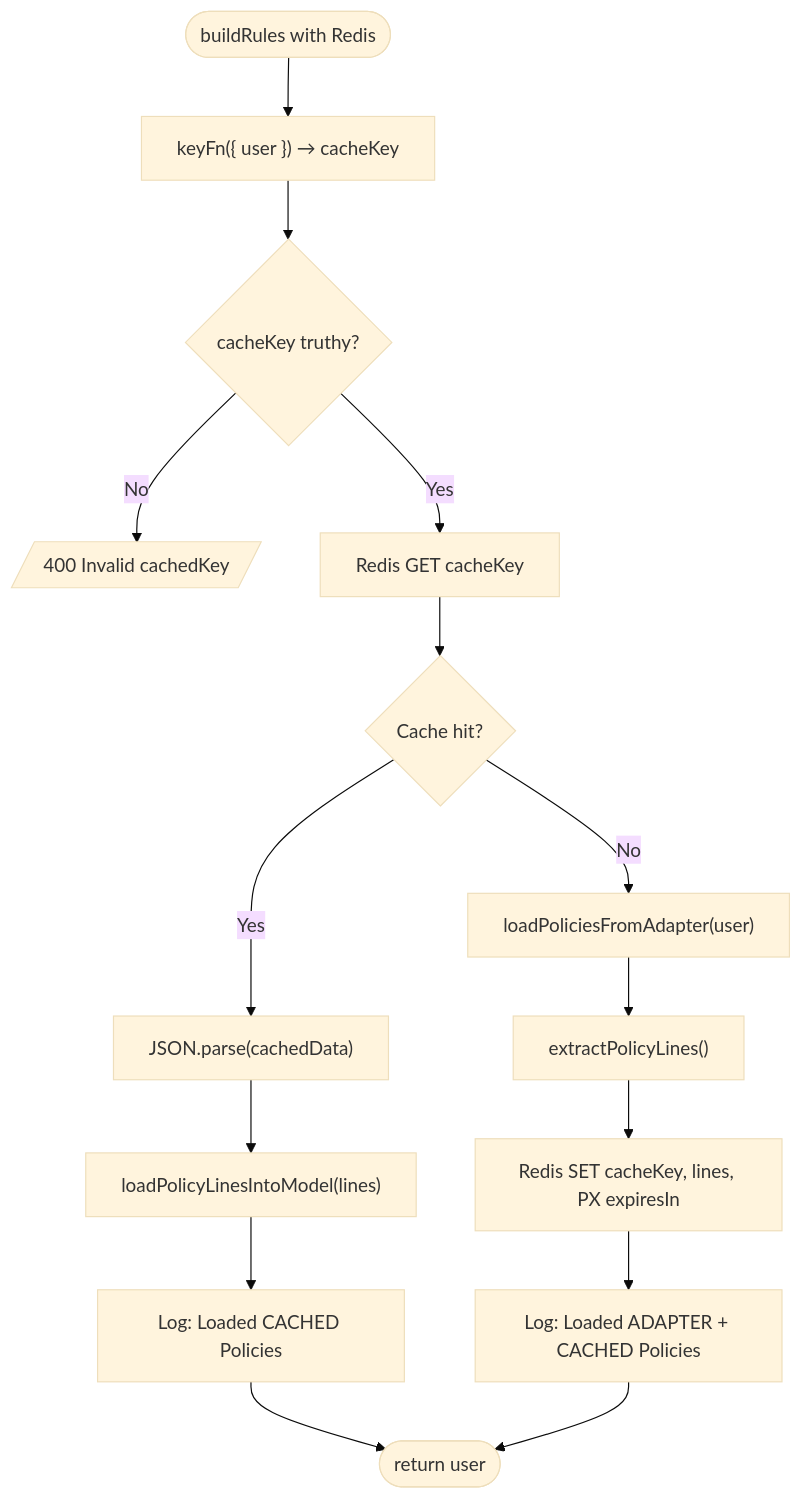
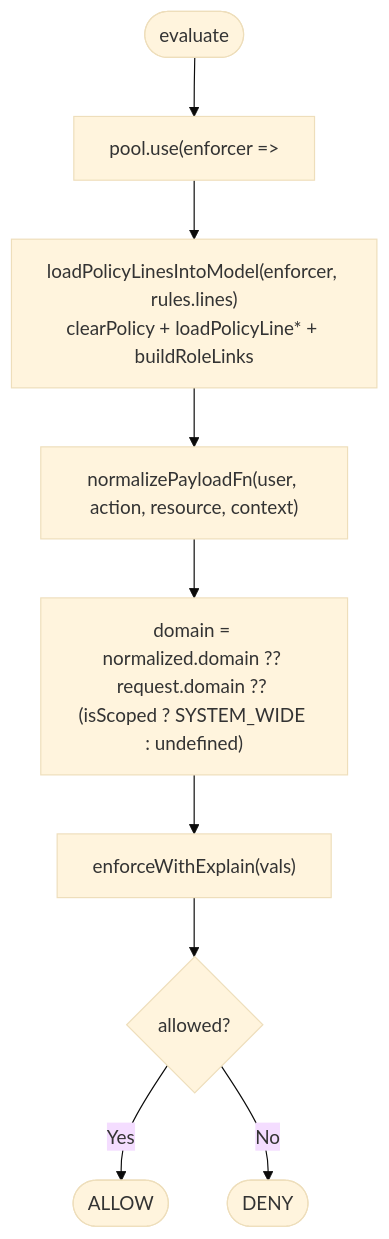
Before and after one commit to VENIZIA-AI/ignis: the fifth of 6 diagrams in packages/docs/wiki/extensions/components/authorization/api.md, drawn with Mermaid (base theme). The commit also changed other lines of this file and 62 other files, not shown here.

````diff
--- a/packages/docs/wiki/extensions/components/authorization/api.md
+++ b/packages/docs/wiki/extensions/components/authorization/api.md
@@ -672,17 +564,11 @@
 ```mermaid
 flowchart TD
-    Start([buildRules with Redis]) --> Key["keyFn({ user }) → cacheKey"]
-    Key --> Valid{cacheKey truthy?}
-    Valid -->|No| E400[/400 Invalid cachedKey/]
-    Valid -->|Yes| Get["Redis GET cacheKey"]
-    Get --> Hit{Cache hit?}
-    Hit -->|Yes| Parse["JSON.parse(cachedData)"]
-    Parse --> LoadModel["loadPolicyLinesIntoModel(lines)"]
-    LoadModel --> LogHit["Log: Loaded CACHED Policies"]
-    Hit -->|No| Adapter["loadPoliciesFromAdapter(user)"]
-    Adapter --> Extract["extractPolicyLines()"]
-    Extract --> Set["Redis SET cacheKey, lines, PX expiresIn"]
-    Set --> LogMiss["Log: Loaded ADAPTER + CACHED Policies"]
-    LogHit --> Return([return user])
-    LogMiss --> Return
+    Start([evaluate]) --> Use["pool.use(enforcer =>"]
+    Use --> Load["loadPolicyLinesIntoModel(enforcer, rules.lines)<br/>clearPolicy + loadPolicyLine* + buildRoleLinks"]
+    Load --> Norm["normalizePayloadFn(user, action, resource, context)"]
+    Norm --> Dom["domain = normalized.domain ?? request.domain ?? (isScoped ? SYSTEM_WIDE : undefined)"]
+    Dom --> Enf["enforceWithExplain(vals)"]
+    Enf --> Dec{allowed?}
+    Dec -->|Yes| Allow([ALLOW])
+    Dec -->|No| Deny([DENY])
 ```
````
